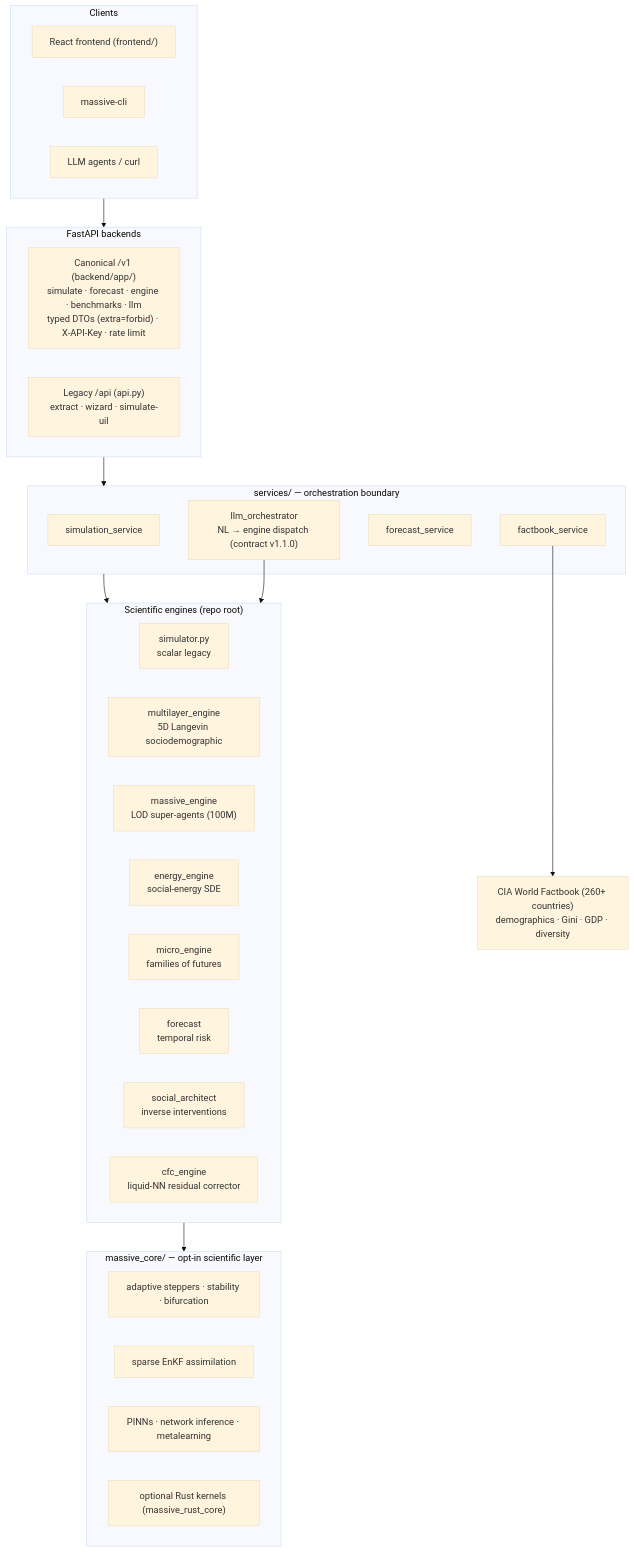
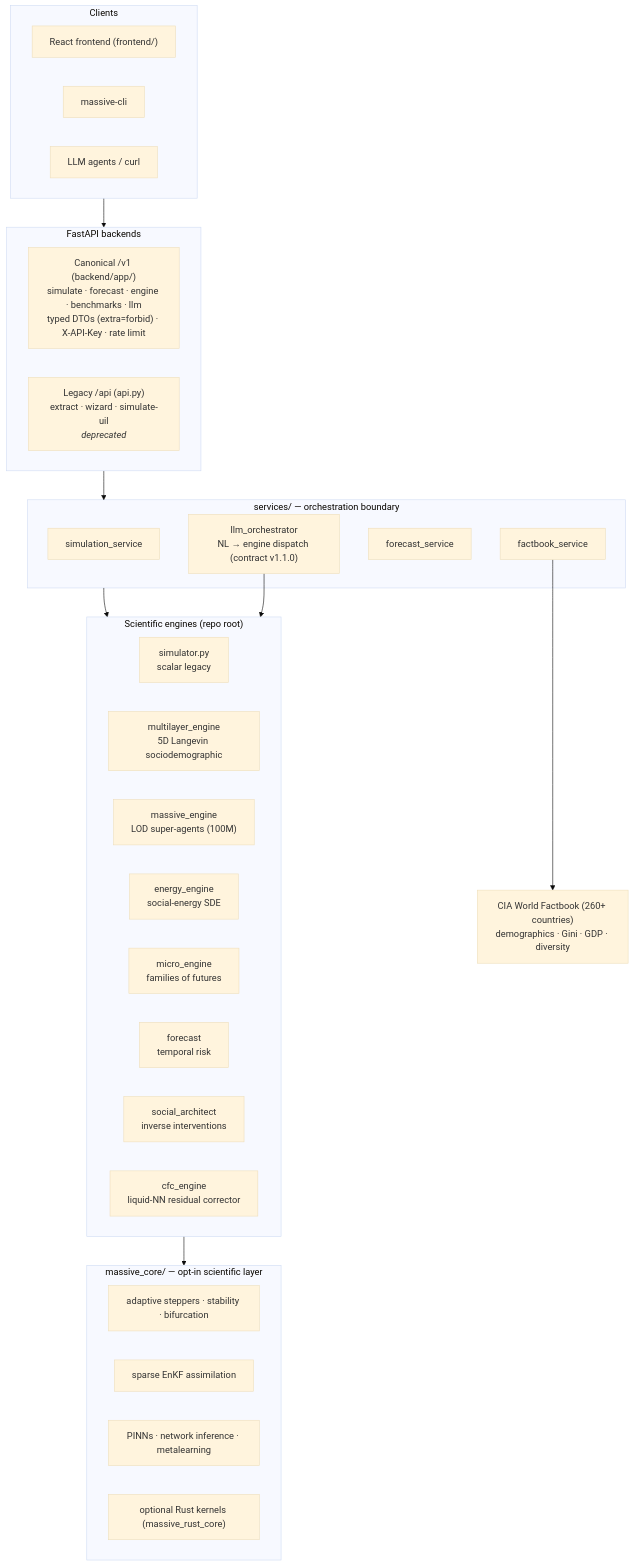
Before and after one commit to Adlgr87/MASSIVE: the diagram in README.md, drawn with Mermaid (base theme). The commit also changed other lines of this file and 25 other files, not shown here.

````diff
--- a/README.md
+++ b/README.md
@@ -104,45 +103,45 @@
 ```mermaid
 flowchart TB
     subgraph Clients
         FE["React frontend (frontend/)"]
         CLI["massive-cli"]
         AG["LLM agents / curl"]
     end
 
     subgraph API["FastAPI backends"]
         V1["Canonical /v1 (backend/app/)<br/>simulate · forecast · engine · benchmarks · llm<br/>typed DTOs (extra=forbid) · X-API-Key · rate limit"]
-        LEG["Legacy /api (api.py)<br/>extract · wizard · simulate-uil"]
+        LEG["Legacy /api (api.py)<br/>extract · wizard · simulate-uil<br/><em>deprecated</em>"]
     end
 
     subgraph Services["services/ — orchestration boundary"]
         ORCH["llm_orchestrator<br/>NL → engine dispatch (contract v1.1.0)"]
         SIM["simulation_service"]
         FOR["forecast_service"]
         FB["factbook_service"]
     end
 
     subgraph Engines["Scientific engines (repo root)"]
         direction LR
         E1["simulator.py<br/>scalar legacy"]
         E2["multilayer_engine<br/>5D Langevin sociodemographic"]
         E3["massive_engine<br/>LOD super-agents (100M)"]
         E4["energy_engine<br/>social-energy SDE"]
         E5["micro_engine<br/>families of futures"]
         E6["forecast<br/>temporal risk"]
         E7["social_architect<br/>inverse interventions"]
         E8["cfc_engine<br/>liquid-NN residual corrector"]
     end
 
     subgraph Core["massive_core/ — opt-in scientific layer"]
         C1["adaptive steppers · stability · bifurcation"]
         C2["sparse EnKF assimilation"]
         C3["PINNs · network inference · metalearning"]
         C4["optional Rust kernels (massive_rust_core)"]
     end
 
     DATA["CIA World Factbook (260+ countries)<br/>demographics · Gini · GDP · diversity"]
 
     Clients --> API --> Services --> Engines --> Core
     FB --> DATA
     ORCH --> Engines
 ```
````
